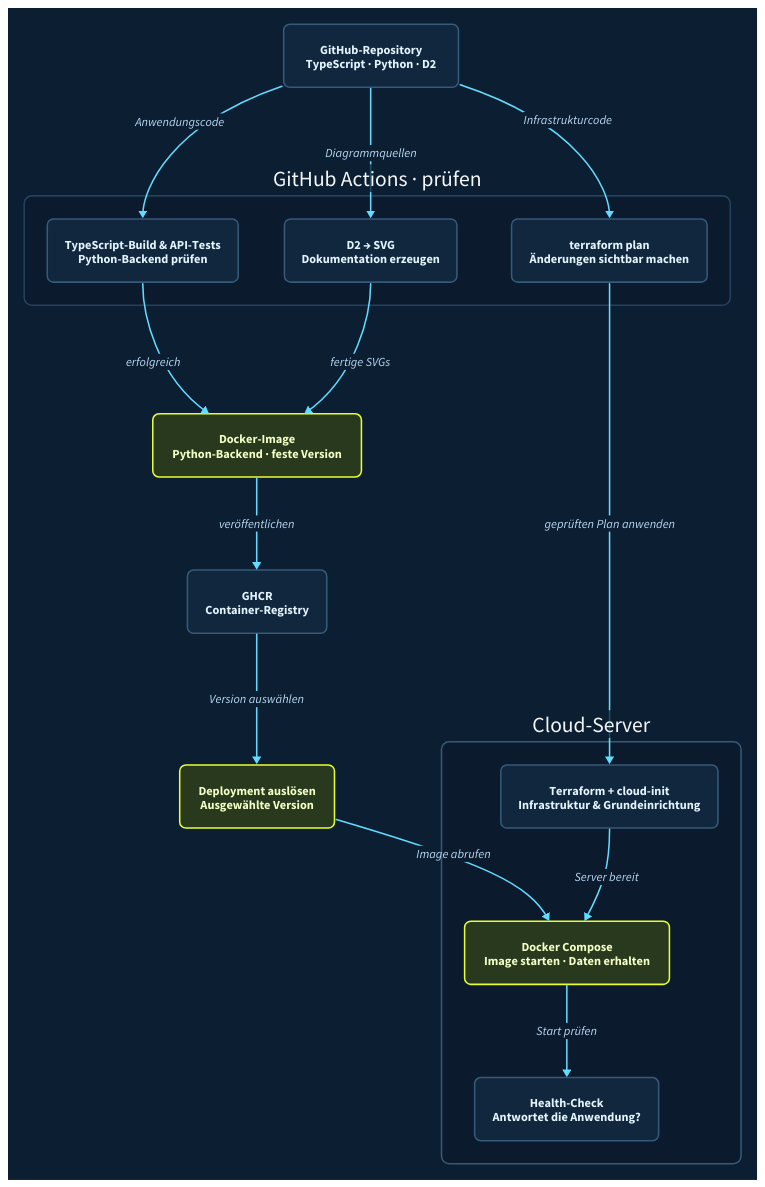
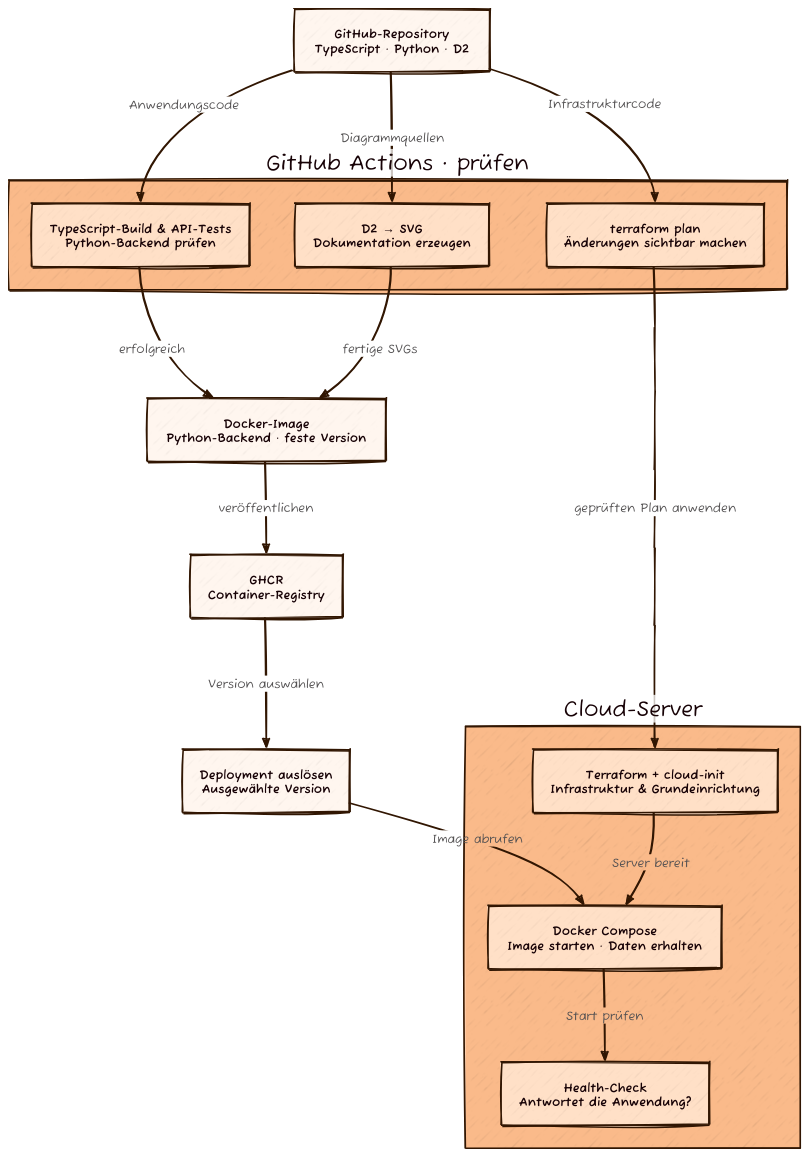
Before and after one commit to crnly/strom-dashboard: the diagram in diagrams/deployment.d2, drawn with D2. The commit also changed 10 other files, not shown here.

Commit message:
Use D2 theme 101 with sketch rendering

```diff
--- a/diagrams/deployment.d2
+++ b/diagrams/deployment.d2
@@ -1,35 +1,28 @@
-vars: {d2-config: {theme-id: 201}}
-style: {fill: "#0C1E31"; font-color: "#E4F4FF"}
+vars: {d2-config: {theme-id: 101; sketch: true; pad: 24}}
 # Geplanter Software- und Infrastrukturweg. Releases sind versioniert.
 direction: down
-classes: {
-  node: {style: {fill: "#10273E"; stroke: "#365A79"; font-color: "#E4F4FF"; border-radius: 8}}
-  emphasis: {style: {fill: "#29391E"; stroke: "#E7FF32"; font-color: "#F3FFC5"; border-radius: 8}}
+repo: "GitHub-Repository\nTypeScript · Python · D2"
+ci: "GitHub Actions · prüfen" {
+  tests: "TypeScript-Build & API-Tests\nPython-Backend prüfen"
+  docs: "D2 → SVG\nDokumentation erzeugen"
+  plan: "terraform plan\nÄnderungen sichtbar machen"
 }
-repo: "GitHub-Repository\nTypeScript · Python · D2" {class: node}
-ci: "GitHub Actions · prüfen" {
-  style: {fill: "#0B1A2C"; stroke: "#24415D"; border-radius: 10}
-  tests: "TypeScript-Build & API-Tests\nPython-Backend prüfen" {class: node}
-  docs: "D2 → SVG\nDokumentation erzeugen" {class: node}
-  plan: "terraform plan\nÄnderungen sichtbar machen" {class: node}
+image: "Docker-Image\nPython-Backend · feste Version"
+registry: "GHCR\nContainer-Registry"
+release: "Deployment auslösen\nAusgewählte Version"
+server: "Cloud-Server" {
+  init: "Terraform + cloud-init\nInfrastruktur & Grundeinrichtung"
+  run: "Docker Compose\nImage starten · Daten erhalten"
+  health: "Health-Check\nAntwortet die Anwendung?"
 }
-image: "Docker-Image\nPython-Backend · feste Version" {class: emphasis}
-registry: "GHCR\nContainer-Registry" {class: node}
-release: "Deployment auslösen\nAusgewählte Version" {class: emphasis}
-server: "Cloud-Server" {
-  style: {fill: "#0B1A2C"; stroke: "#365A79"; border-radius: 10}
-  init: "Terraform + cloud-init\nInfrastruktur & Grundeinrichtung" {class: node}
-  run: "Docker Compose\nImage starten · Daten erhalten" {class: emphasis}
-  health: "Health-Check\nAntwortet die Anwendung?" {class: node}
-}
-repo -> ci.tests: Anwendungscode {style: {stroke: "#61DCFF"; font-color: "#B8D8F2"}}
-repo -> ci.docs: Diagrammquellen {style: {stroke: "#61DCFF"; font-color: "#B8D8F2"}}
-repo -> ci.plan: Infrastrukturcode {style: {stroke: "#61DCFF"; font-color: "#B8D8F2"}}
-ci.tests -> image: erfolgreich {style: {stroke: "#61DCFF"; font-color: "#B8D8F2"}}
-ci.docs -> image: fertige SVGs {style: {stroke: "#61DCFF"; font-color: "#B8D8F2"}}
-image -> registry: veröffentlichen {style: {stroke: "#61DCFF"; font-color: "#B8D8F2"}}
-registry -> release: Version auswählen {style: {stroke: "#61DCFF"; font-color: "#B8D8F2"}}
-release -> server.run: Image abrufen {style: {stroke: "#61DCFF"; font-color: "#B8D8F2"}}
-ci.plan -> server.init: geprüften Plan anwenden {style: {stroke: "#61DCFF"; font-color: "#B8D8F2"}}
-server.init -> server.run: Server bereit {style: {stroke: "#61DCFF"; font-color: "#B8D8F2"}}
-server.run -> server.health: Start prüfen {style: {stroke: "#61DCFF"; font-color: "#B8D8F2"}}
+repo -> ci.tests: Anwendungscode
+repo -> ci.docs: Diagrammquellen
+repo -> ci.plan: Infrastrukturcode
+ci.tests -> image: erfolgreich
+ci.docs -> image: fertige SVGs
+image -> registry: veröffentlichen
+registry -> release: Version auswählen
+release -> server.run: Image abrufen
+ci.plan -> server.init: geprüften Plan anwenden
+server.init -> server.run: Server bereit
+server.run -> server.health: Start prüfen
```
